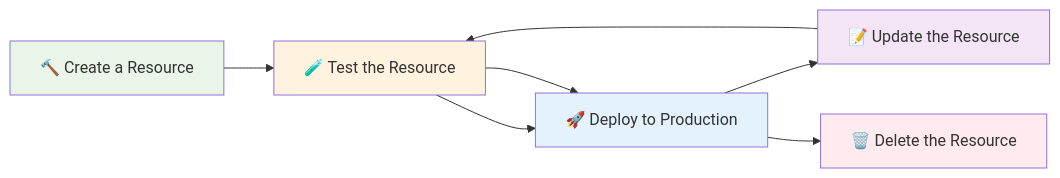
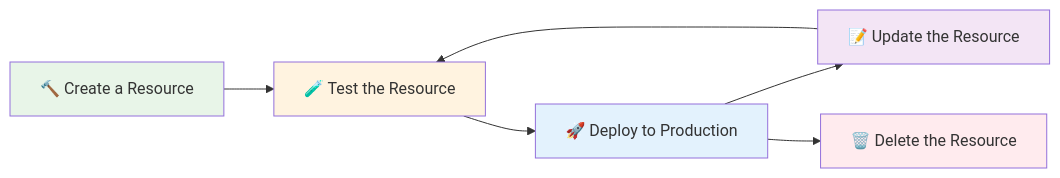
Before and after one commit to simondbrooke/terraform-training-jamfpro: the second of 5 diagrams in training_materials/terraform/module_02_configuration_as_code_concepts.md, drawn with Mermaid. The commit also changed other lines of this file, not shown here.

````diff
--- a/training_materials/terraform/module_02_configuration_as_code_concepts.md
+++ b/training_materials/terraform/module_02_configuration_as_code_concepts.md
@@ -175,21 +175,20 @@
 ```mermaid
 flowchart LR
     CREATE[🔨 Create a Resource] 
     TEST[🧪 Test the Resource]
     DEPLOY[🚀 Deploy to Production]
     UPDATE[📝 Update the Resource]
     DELETE[🗑️ Delete the Resource]
     
     CREATE --> TEST
     TEST --> DEPLOY
     DEPLOY --> UPDATE
     UPDATE --> TEST
-    TEST --> DEPLOY
     DEPLOY --> DELETE
     
     style CREATE fill:#e8f5e8
     style TEST fill:#fff3e0
     style DEPLOY fill:#e3f2fd
     style UPDATE fill:#f3e5f5
     style DELETE fill:#ffebee
 ```
````
